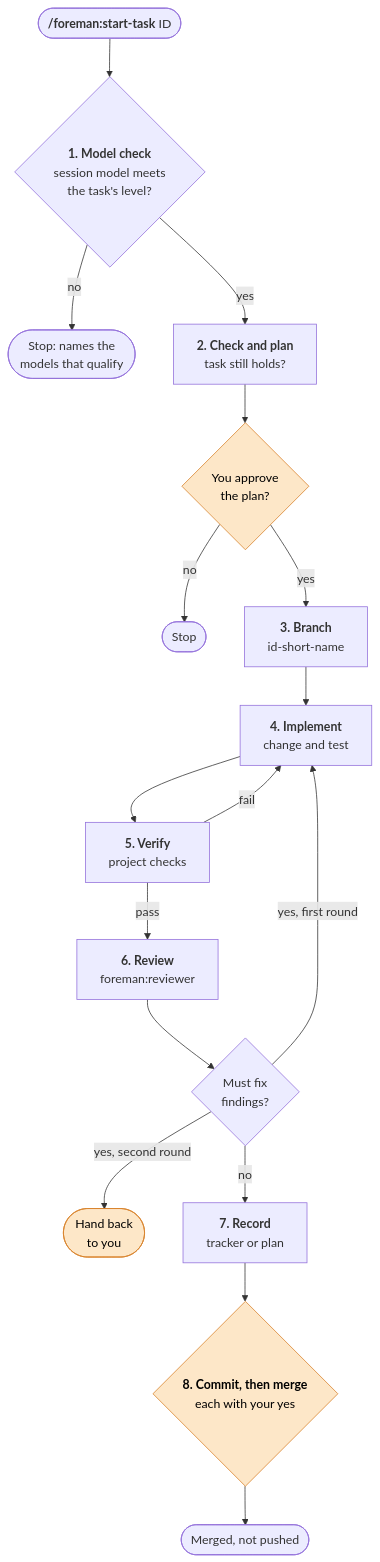
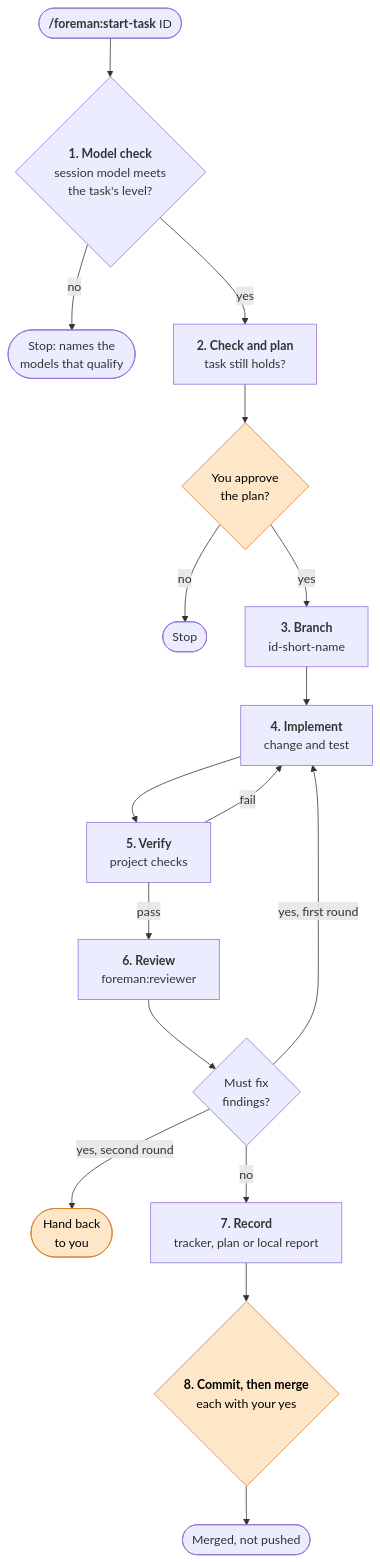
The diagram in README.md (RoccoNaude/foreman), drawn with Mermaid before and after one commit. The commit also changed other lines of this file and 18 other files, not shown here.

````diff
--- a/README.md
+++ b/README.md
@@ -48,35 +68,35 @@
 ```mermaid
 flowchart TB
     start(["`**/foreman:start-task** ID`"]) --> model{"`**1. Model check**
     session model meets
     the task's level?`"}
     model -- no --> stop1(["`Stop: names the
     models that qualify`"])
     model -- yes --> plan["`**2. Check and plan**
     task still holds?`"]
     plan --> approve{"`You approve
     the plan?`"}
     approve -- no --> stop2(["Stop"])
     approve -- yes --> branch["`**3. Branch**
     id-short-name`"]
     branch --> build["`**4. Implement**
     change and test`"]
     build --> verify["`**5. Verify**
     project checks`"]
     verify -- fail --> build
     verify -- pass --> review["`**6. Review**
     foreman:reviewer`"]
     review --> mustfix{"`Must fix
     findings?`"}
     mustfix -- "yes, first round" --> build
     mustfix -- "yes, second round" --> hand(["`Hand back
     to you`"])
     mustfix -- no --> record["`**7. Record**
-    tracker or plan`"]
+    tracker, plan or local report`"]
     record --> commit{"`**8. Commit, then merge**
     each with your yes`"}
     commit --> done(["Merged, not pushed"])
 
     classDef you fill:#fde7c8,stroke:#d9822b,color:#000
     class approve,commit,hand you
 ```
````
